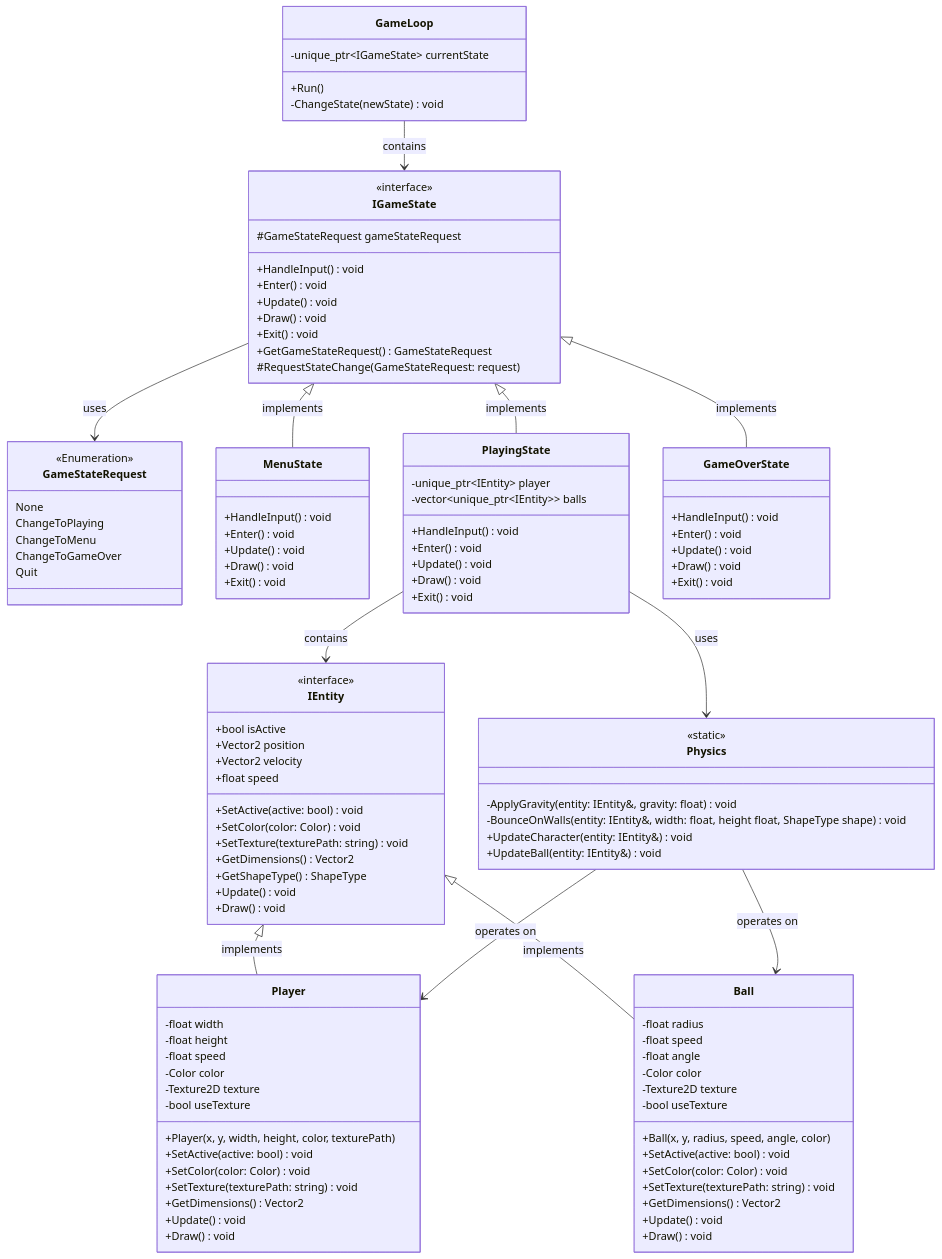
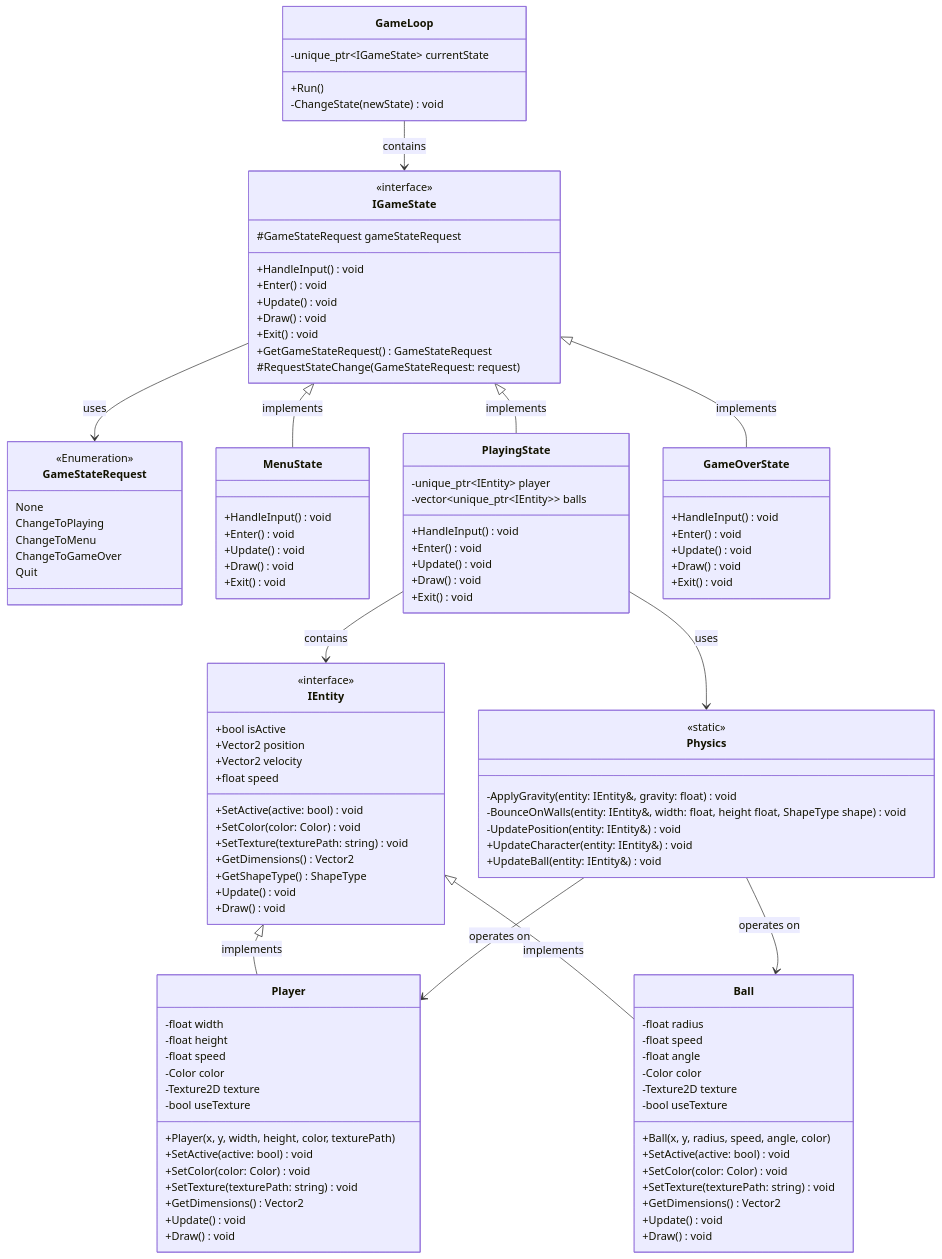
One commit to dciuca/cppang changed the diagram in diagrams/classDiagram.md. Above: the diagram before and after it, drawn with Mermaid. The commit also changed 7 other files, not shown here.

```diff
--- a/diagrams/classDiagram.md
+++ b/diagrams/classDiagram.md
@@ -104,6 +104,7 @@
         <<static>>
         -ApplyGravity(entity: IEntity&, gravity: float) void
         -BounceOnWalls(entity: IEntity&, width: float, height float, ShapeType shape) void
+        -UpdatePosition(entity: IEntity&) void
         +UpdateCharacter(entity: IEntity&) void
         +UpdateBall(entity: IEntity&) void
     }
```
